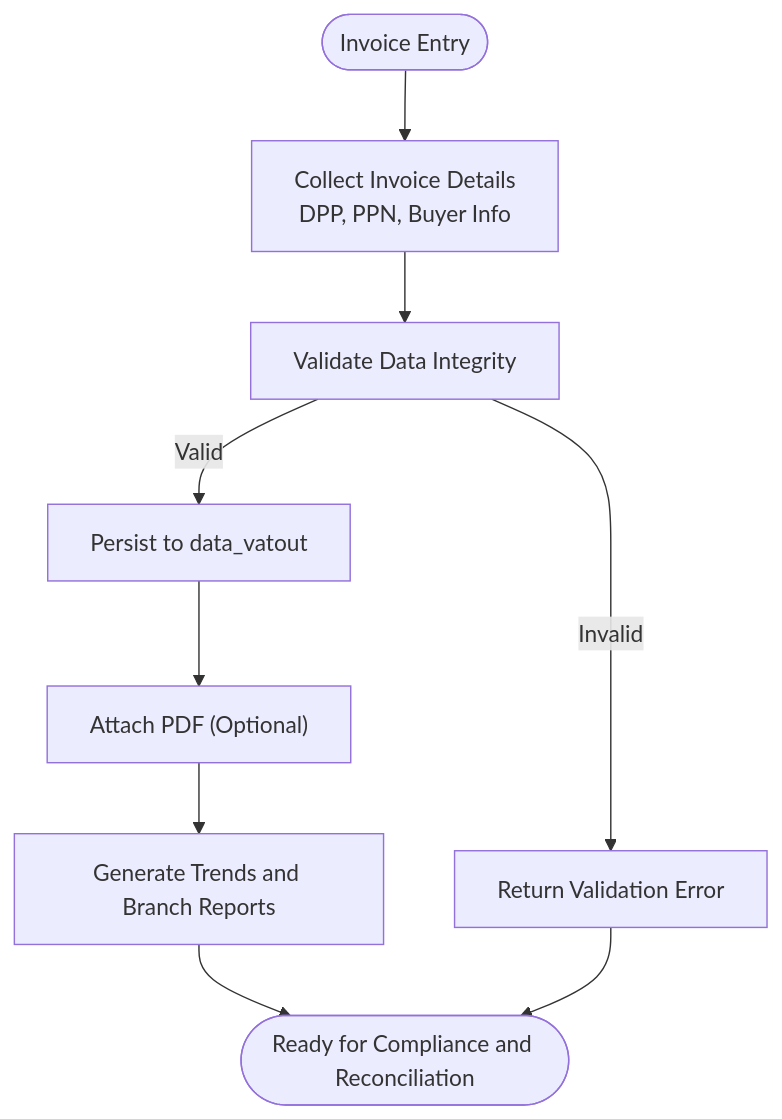
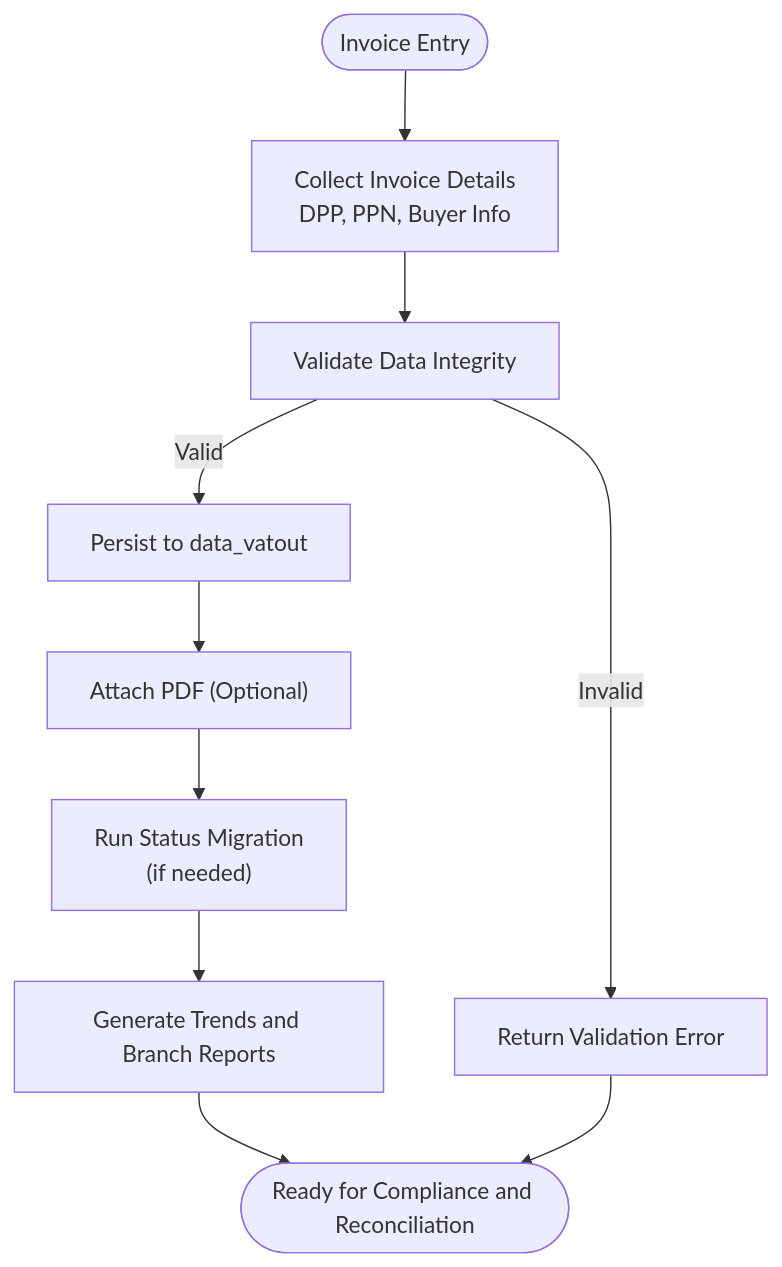
The third of 9 diagrams in .qoder/repowiki/en/content/VAT Management System/VAT Output (VAT OUT).md (rendisiagian/TDS_by_RENDISIAGIAN), drawn with Mermaid before and after one commit. The commit also changed other lines of this file and 96 other files, not shown here.

````diff
--- a/.qoder/repowiki/en/content/VAT Management System/VAT Output (VAT OUT).md
+++ b/.qoder/repowiki/en/content/VAT Management System/VAT Output (VAT OUT).md
@@ -123,11 +145,12 @@
 ```mermaid
 flowchart TD
 Start(["Invoice Entry"]) --> Collect["Collect Invoice Details<br/>DPP, PPN, Buyer Info"]
 Collect --> Validate["Validate Data Integrity"]
 Validate --> |Valid| Persist["Persist to data_vatout"]
 Validate --> |Invalid| Error["Return Validation Error"]
 Persist --> Attach["Attach PDF (Optional)"]
-Attach --> Report["Generate Trends and Branch Reports"]
+Attach --> Migrate["Run Status Migration<br/>(if needed)"]
+Migrate --> Report["Generate Trends and Branch Reports"]
 Report --> End(["Ready for Compliance and Reconciliation"])
 Error --> End
 ```
````
